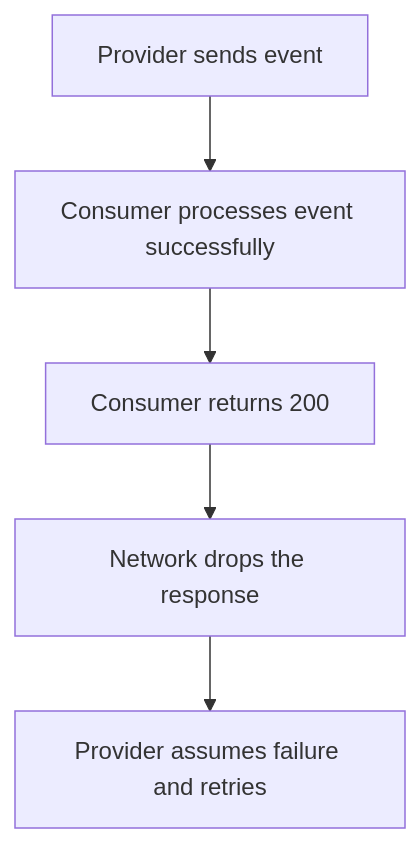
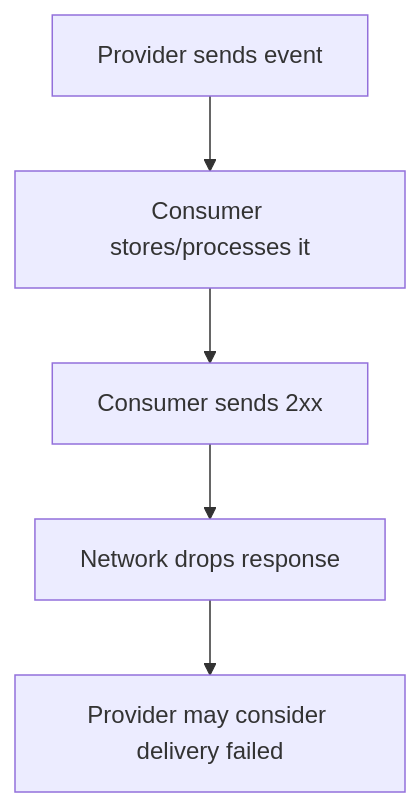
The second of 4 diagrams in src/content/api-design/webhooks.md (AvadhBhalodiya/Interview-Preparation), drawn with Mermaid before and after one commit. The commit also changed other lines of this file and 54 other files, not shown here.

````diff
--- a/src/content/api-design/webhooks.md
+++ b/src/content/api-design/webhooks.md
@@ -502,7 +263,7 @@
 ```mermaid
 flowchart TD
-    A[Provider sends event] --> B[Consumer processes event successfully]
-    B --> C[Consumer returns 200]
-    C --> D[Network drops the response]
-    D --> E[Provider assumes failure and retries]
+    A[Provider sends event] --> B[Consumer stores/processes it]
+    B --> C[Consumer sends 2xx]
+    C --> D[Network drops response]
+    D --> E[Provider may consider delivery failed]
 ```
````
